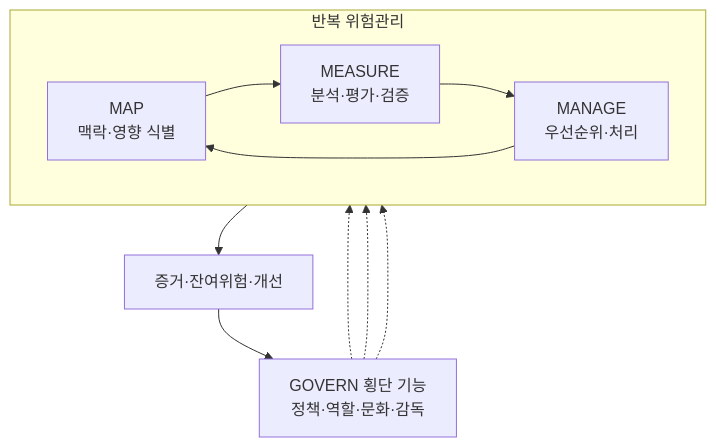
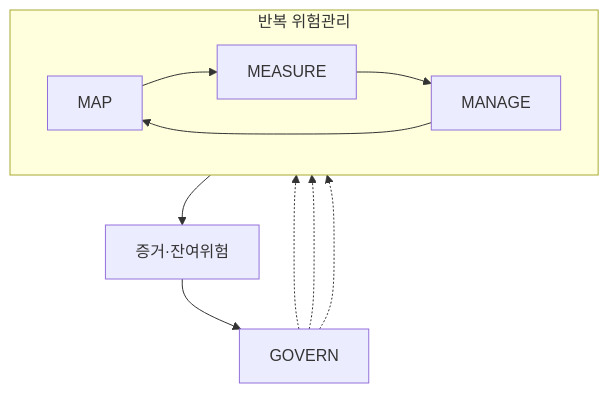
One commit to agnusdei1207/study changed the third of 3 diagrams in src/content/docs/notes/itpe/01-it-strategy/036_nist_ai_rmf.md. Above: the diagram before and after it, drawn with Mermaid. The commit also changed other lines of this file and 19 other files, not shown here.

````diff
--- a/src/content/docs/notes/itpe/01-it-strategy/036_nist_ai_rmf.md
+++ b/src/content/docs/notes/itpe/01-it-strategy/036_nist_ai_rmf.md
@@ -156,15 +126,15 @@
 ```mermaid
 flowchart TB
-    G[GOVERN 횡단 기능<br/>정책·역할·문화·감독]
-    subgraph C[반복 위험관리]
+    G["GOVERN"]
+    subgraph C["반복 위험관리"]
         direction LR
-        M1[MAP<br/>맥락·영향 식별] --> M2[MEASURE<br/>분석·평가·검증]
-        M2 --> M3[MANAGE<br/>우선순위·처리]
+        M1["MAP"] --> M2["MEASURE"]
+        M2 --> M3["MANAGE"]
         M3 --> M1
     end
     G -.-> M1
     G -.-> M2
     G -.-> M3
-    M3 --> E[증거·잔여위험·개선]
+    M3 --> E["증거·잔여위험"]
     E --> G
 ```
````
